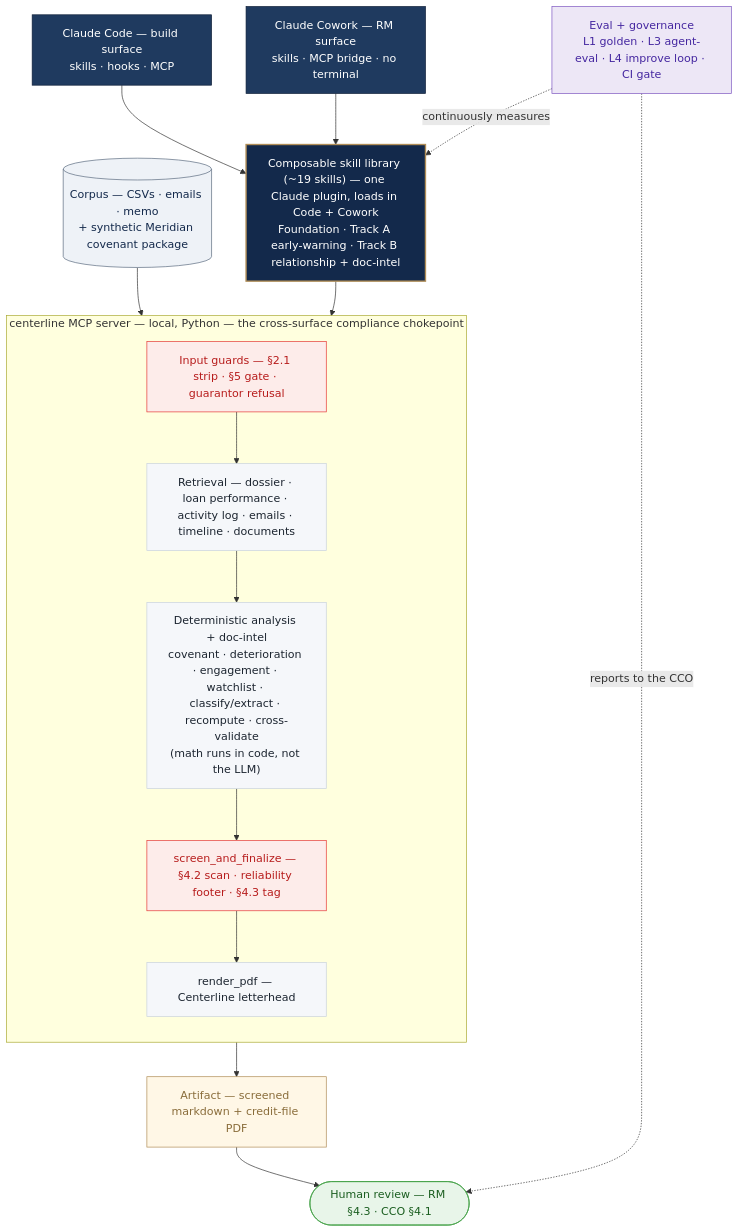
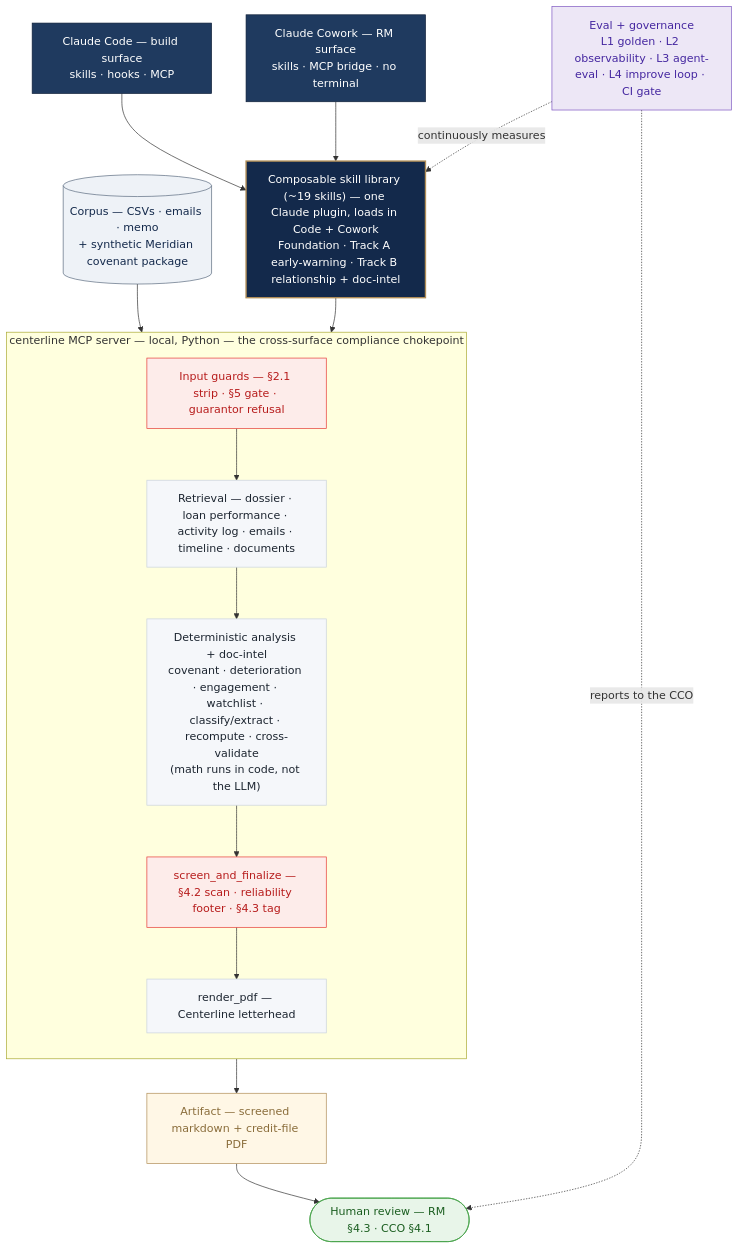
Before and after one commit to benichou/centerline-claude-pilot: the diagram in README.md, drawn with Mermaid. The commit also changed other lines of this file, not shown here.

````diff
--- a/README.md
+++ b/README.md
@@ -50,38 +50,38 @@
 ```mermaid
 flowchart TB
   Code["Claude Code — build surface<br/>skills · hooks · MCP"]:::surf
   Cowork["Claude Cowork — RM surface<br/>skills · MCP bridge · no terminal"]:::surf
 
   Skills["Composable skill library (~19 skills) — one Claude plugin, loads in Code + Cowork<br/>Foundation · Track A early-warning · Track B relationship + doc-intel"]:::skill
 
   subgraph MCPS["centerline MCP server — local, Python — the cross-surface compliance chokepoint"]
     direction TB
     Guard["Input guards — §2.1 strip · §5 gate · guarantor refusal"]:::guard
     Ret["Retrieval — dossier · loan performance · activity log · emails · timeline · documents"]:::tool
     Det["Deterministic analysis + doc-intel<br/>covenant · deterioration · engagement · watchlist · classify/extract · recompute · cross-validate<br/>(math runs in code, not the LLM)"]:::tool
     Screen["screen_and_finalize — §4.2 scan · reliability footer · §4.3 tag"]:::guard
     Render["render_pdf — Centerline letterhead"]:::tool
   end
 
   Data[("Corpus — CSVs · emails · memo<br/>+ synthetic Meridian covenant package")]:::data
   Out["Artifact — screened markdown + credit-file PDF"]:::out
   Human(["Human review — RM §4.3 · CCO §4.1"]):::human
-  Eval["Eval + governance<br/>L1 golden · L3 agent-eval · L4 improve loop · CI gate"]:::eval
+  Eval["Eval + governance<br/>L1 golden · L2 observability · L3 agent-eval · L4 improve loop · CI gate"]:::eval
 
   Code --> Skills
   Cowork --> Skills
   Data --> Guard
   Skills --> Guard
   Guard --> Ret --> Det --> Screen --> Render --> Out --> Human
   Eval -. continuously measures .-> Skills
   Eval -. reports to the CCO .-> Human
 
   classDef surf fill:#1F3A5F,color:#ffffff,stroke:#0E1E38;
   classDef skill fill:#13294B,color:#ffffff,stroke:#B08D57,stroke-width:2px;
   classDef guard fill:#fdecea,color:#b71c1c,stroke:#e53935;
   classDef tool fill:#f5f7fa,color:#1c2530,stroke:#c9d2dd;
   classDef data fill:#eef2f7,color:#13294b,stroke:#5b6b7f;
   classDef out fill:#fff7e6,color:#8a6d3b,stroke:#B08D57;
   classDef human fill:#e8f5e9,color:#1b5e20,stroke:#43a047;
   classDef eval fill:#ede7f6,color:#4527a0,stroke:#7e57c2;
 ```
````
